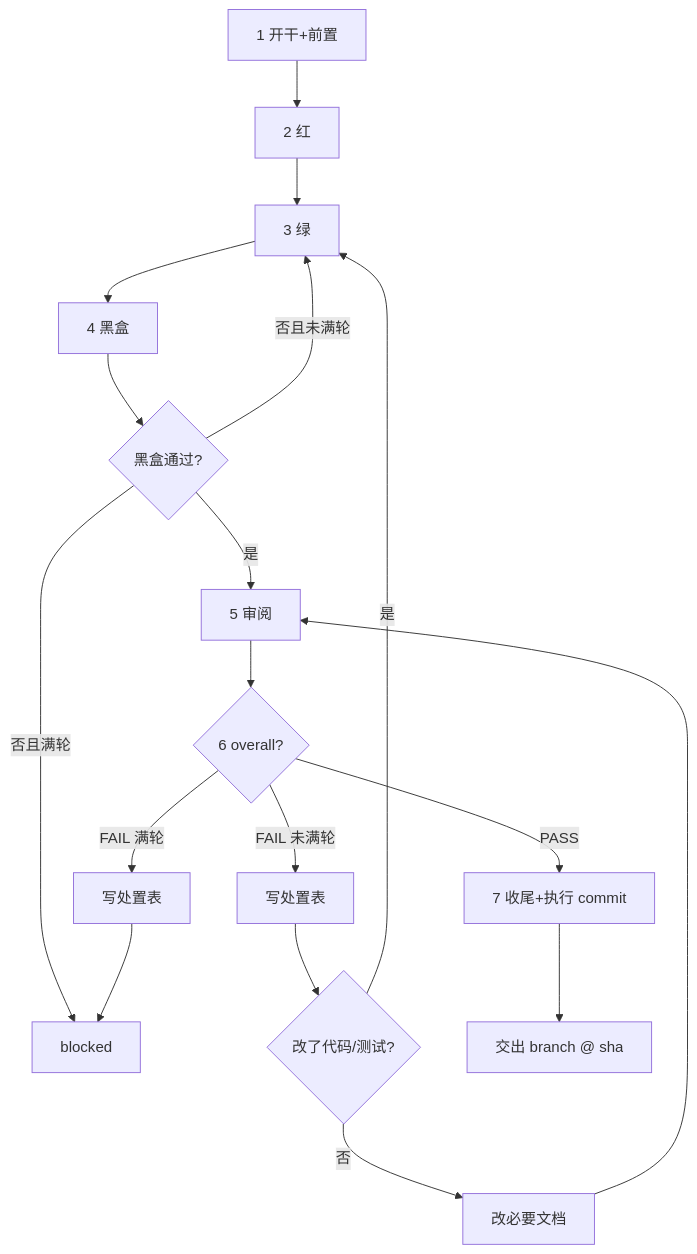
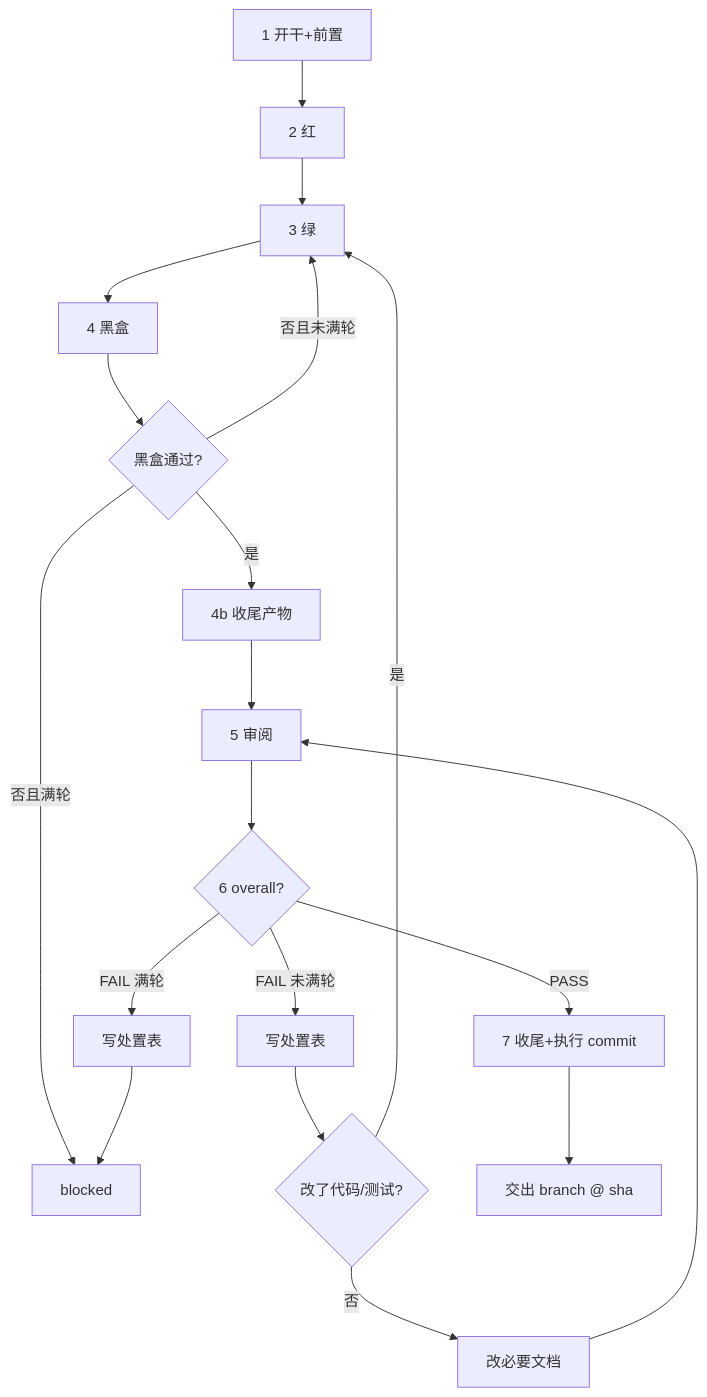
The diagram in repo/.repo_template/skills/task-work/SKILL.md (TuTouPower/repo_template), drawn with Mermaid before and after one commit. The commit also changed other lines of this file and 25 other files, not shown here.

````diff
--- a/repo/.repo_template/skills/task-work/SKILL.md
+++ b/repo/.repo_template/skills/task-work/SKILL.md
@@ -28,18 +28,18 @@
 ```mermaid
 flowchart TD
     S1["1 开干+前置"] --> S2["2 红"]
     S2 --> S3["3 绿"]
     S3 --> S4["4 黑盒"]
     S4 --> B1{"黑盒通过?"}
     B1 -->|否且未满轮| S3
     B1 -->|否且满轮| BLK["blocked"]
-    B1 -->|是| S5["5 审阅"]
+    B1 -->|是| DOCS["4b 收尾产物"] --> S5["5 审阅"]
     S5 --> D{"6 overall?"}
     D -->|PASS| S7["7 收尾+执行 commit"]
     D -->|FAIL 未满轮| W["写处置表"]
     W --> C{"改了代码/测试?"}
     C -->|是| S3
     C -->|否| DOC["改必要文档"] --> S5
     D -->|FAIL 满轮| W2["写处置表"] --> BLK
     S7 --> DONE["交出 branch @ sha"]
 ```
````
